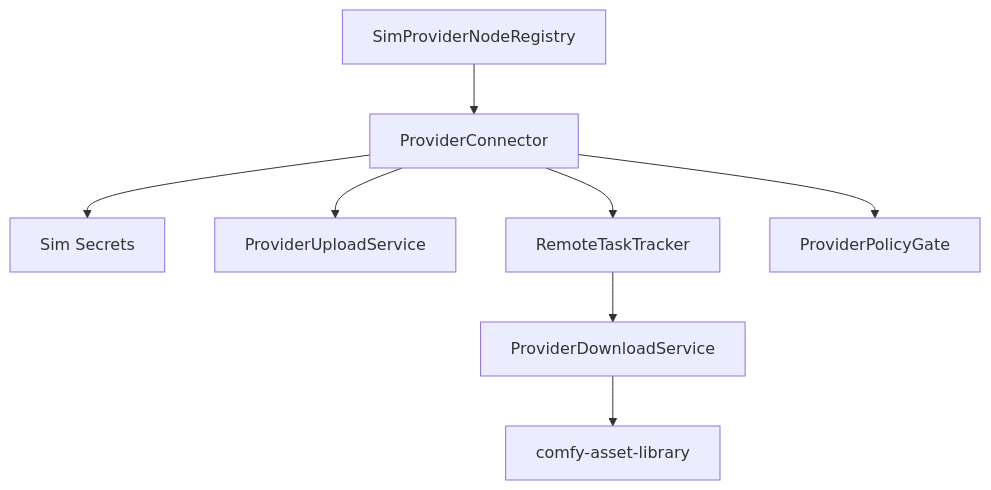
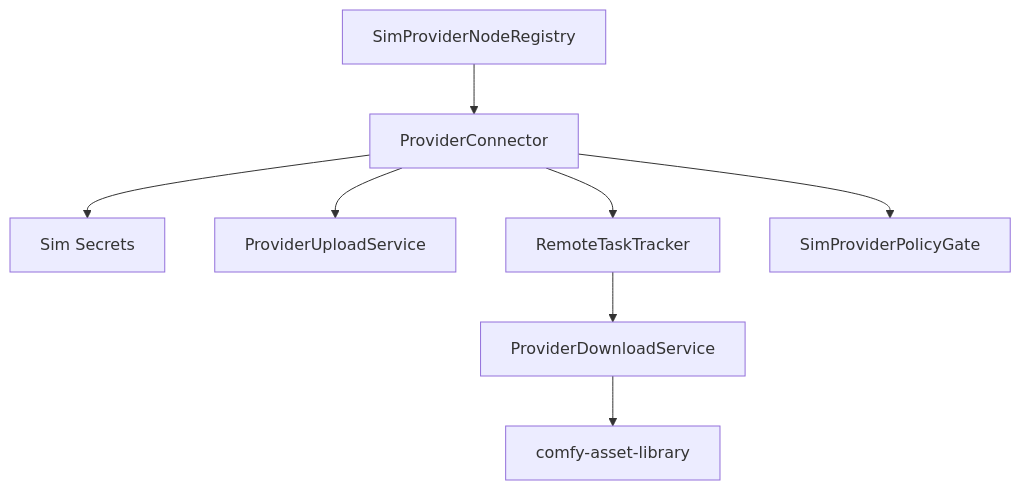
The diagram in .agents/specs/godot-migration/comfy-api-provider-nodes/design.md (imagineerings/xor), drawn with Mermaid before and after one commit. The commit also changed other lines of this file and 4 other files, not shown here.

First line of the commit message:
feat(world_model): add native Sim provider policy gate (#213)

````diff
--- a/.agents/specs/godot-migration/comfy-api-provider-nodes/design.md
+++ b/.agents/specs/godot-migration/comfy-api-provider-nodes/design.md
@@ -9,10 +9,10 @@
 ```mermaid
 flowchart TD
     Registry[SimProviderNodeRegistry] --> Connector[ProviderConnector]
     Connector --> Secrets[Sim Secrets]
     Connector --> Upload[ProviderUploadService]
     Connector --> Remote[RemoteTaskTracker]
     Remote --> Download[ProviderDownloadService]
     Download --> Assets[comfy-asset-library]
-    Connector --> Policy[ProviderPolicyGate]
+    Connector --> Policy[SimProviderPolicyGate]
 ```
````
